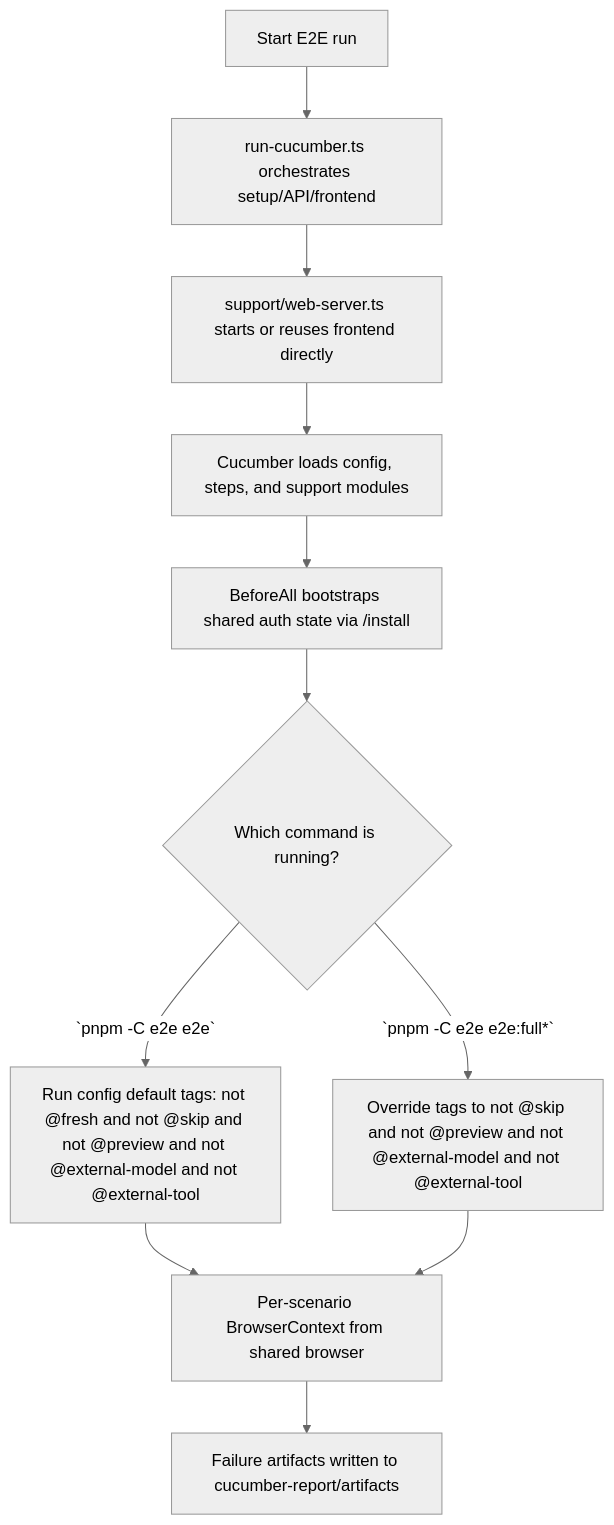
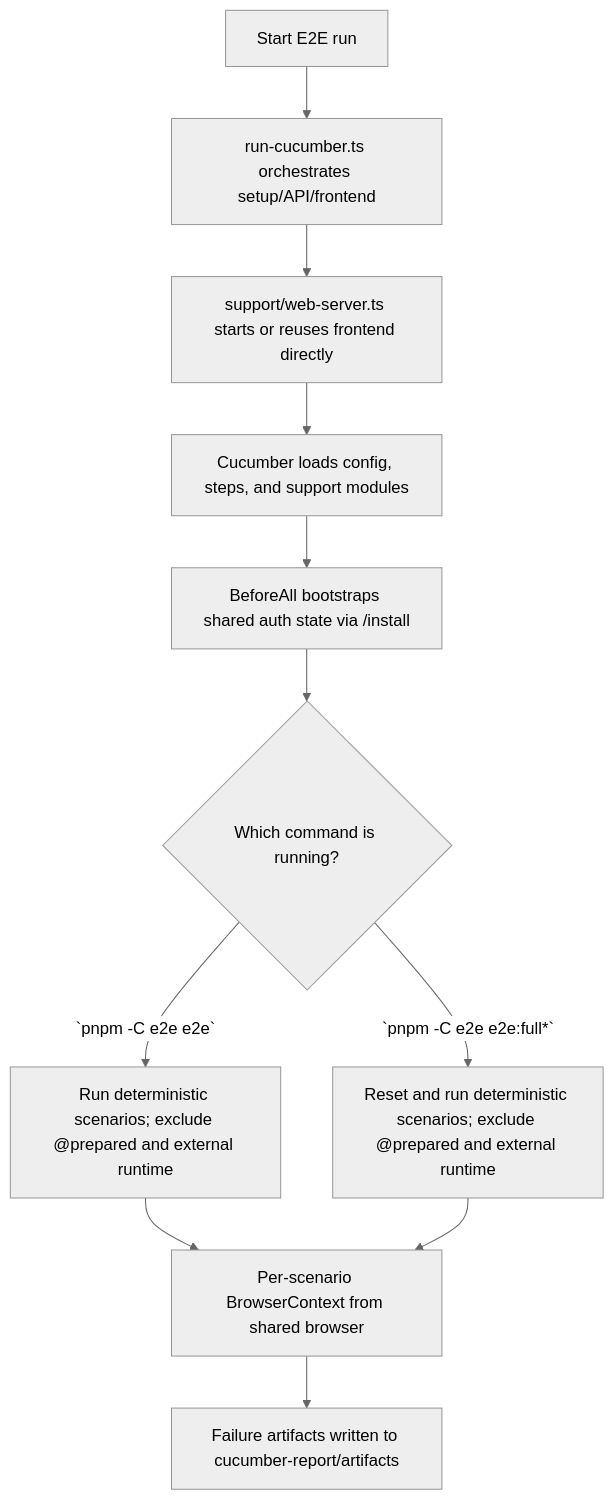
The diagram in e2e/AGENTS.md (systemvanta/dify-system), drawn with Mermaid (neutral theme) before and after one commit. The commit also changed other lines of this file and 72 other files, not shown here.

````diff
--- a/e2e/AGENTS.md
+++ b/e2e/AGENTS.md
@@ -79,13 +79,13 @@
 ```mermaid
 flowchart TD
   A["Start E2E run"] --> B["run-cucumber.ts orchestrates setup/API/frontend"]
   B --> C["support/web-server.ts starts or reuses frontend directly"]
   C --> D["Cucumber loads config, steps, and support modules"]
   D --> E["BeforeAll bootstraps shared auth state via /install"]
   E --> F{"Which command is running?"}
-  F -->|`pnpm -C e2e e2e`| G["Run config default tags: not @fresh and not @skip and not @preview and not @external-model and not @external-tool"]
-  F -->|`pnpm -C e2e e2e:full*`| H["Override tags to not @skip and not @preview and not @external-model and not @external-tool"]
+  F -->|`pnpm -C e2e e2e`| G["Run deterministic scenarios; exclude @prepared and external runtime"]
+  F -->|`pnpm -C e2e e2e:full*`| H["Reset and run deterministic scenarios; exclude @prepared and external runtime"]
   G --> I["Per-scenario BrowserContext from shared browser"]
   H --> I
   I --> J["Failure artifacts written to cucumber-report/artifacts"]
 ```
````
